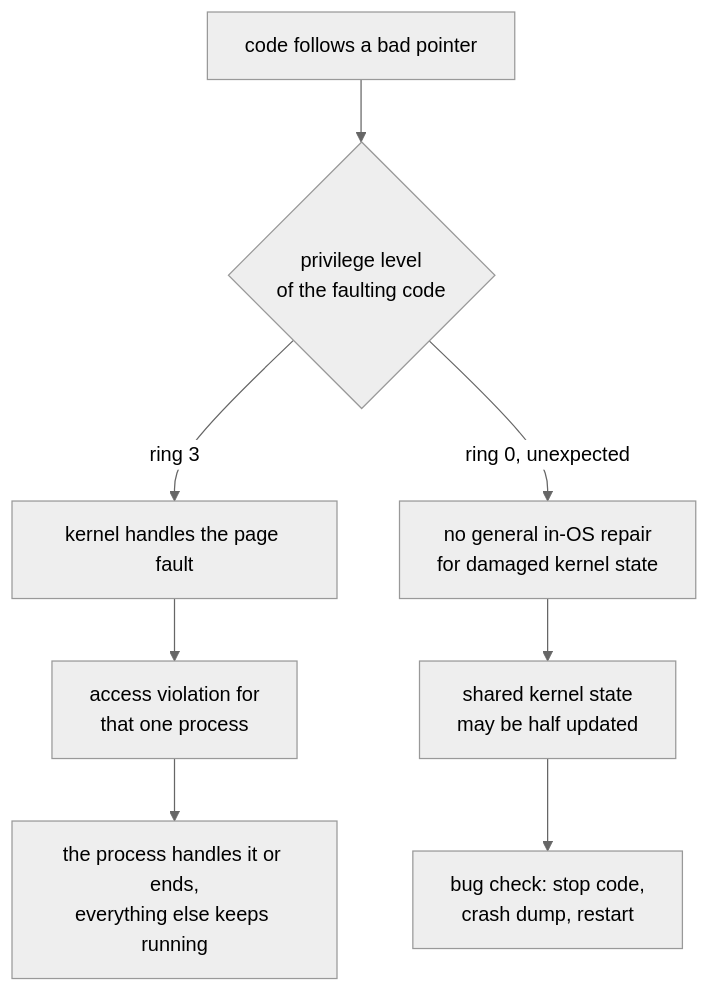
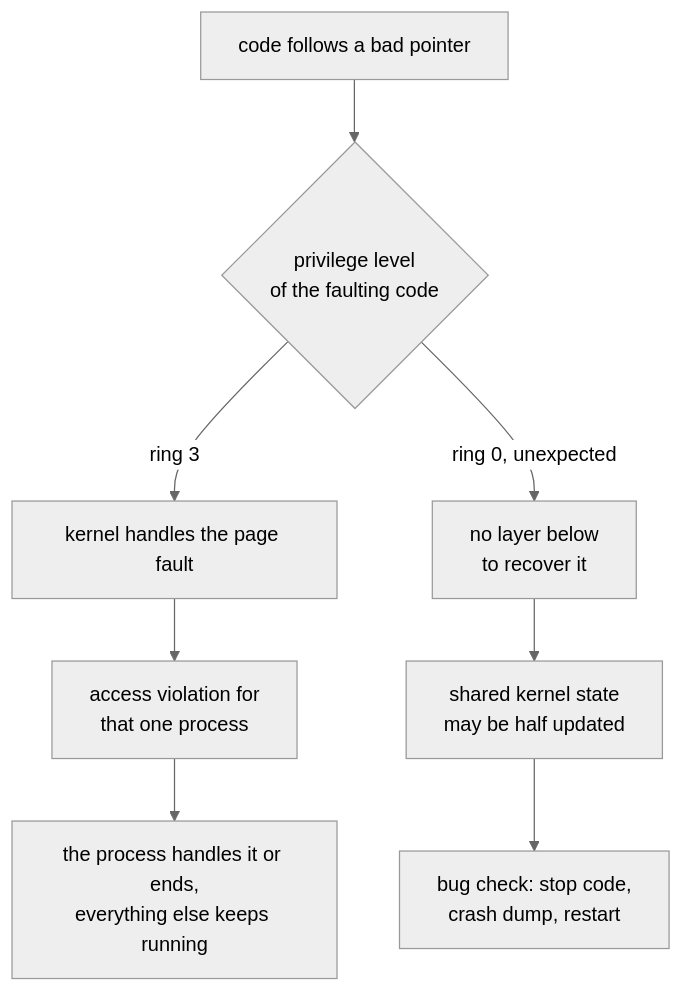
Before and after one commit to MustCodeAl/rust-game-hacking-book: the third of 3 diagrams in site/src/content/docs/pages/14/01.mdx, drawn with Mermaid (neutral theme). The commit also changed other lines of this file and 121 other files, not shown here.

````diff
--- a/site/src/content/docs/pages/14/01.mdx
+++ b/site/src/content/docs/pages/14/01.mdx
@@ -266,10 +261,10 @@
 ```mermaid
 flowchart TD
     A["code follows a bad pointer"] --> B{"privilege level<br/>of the faulting code"}
     B -->|"ring 3"| C["kernel handles the page fault"]
     C --> D["access violation for<br/>that one process"]
     D --> E["the process handles it or ends,<br/>everything else keeps running"]
-    B -->|"ring 0, unexpected"| F["no general in-OS repair<br/>for damaged kernel state"]
+    B -->|"ring 0, unexpected"| F["no layer below<br/>to recover it"]
     F --> G["shared kernel state<br/>may be half updated"]
     G --> H["bug check: stop code,<br/>crash dump, restart"]
 ```
````
